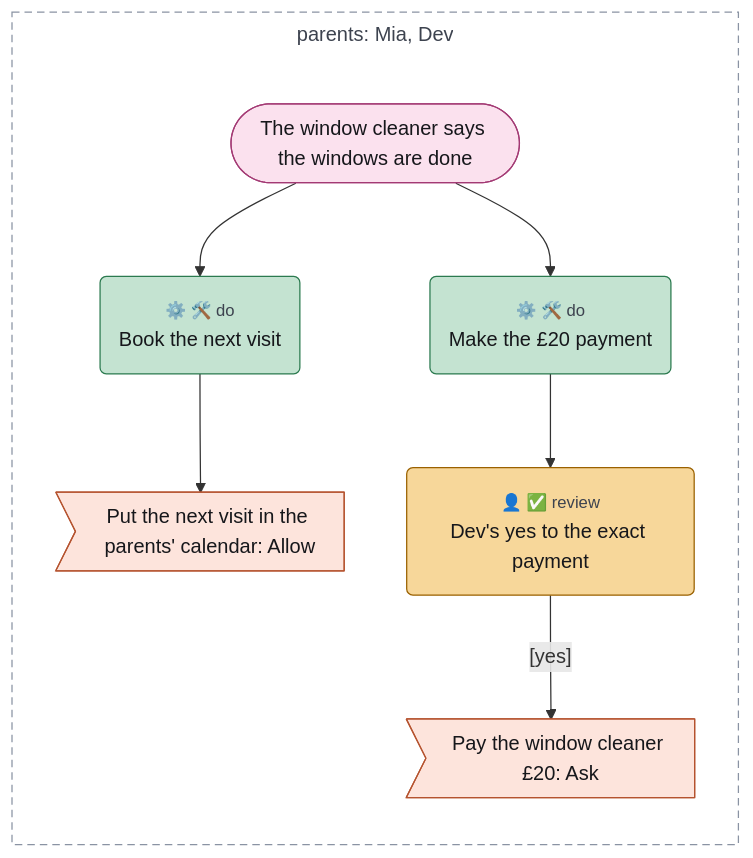
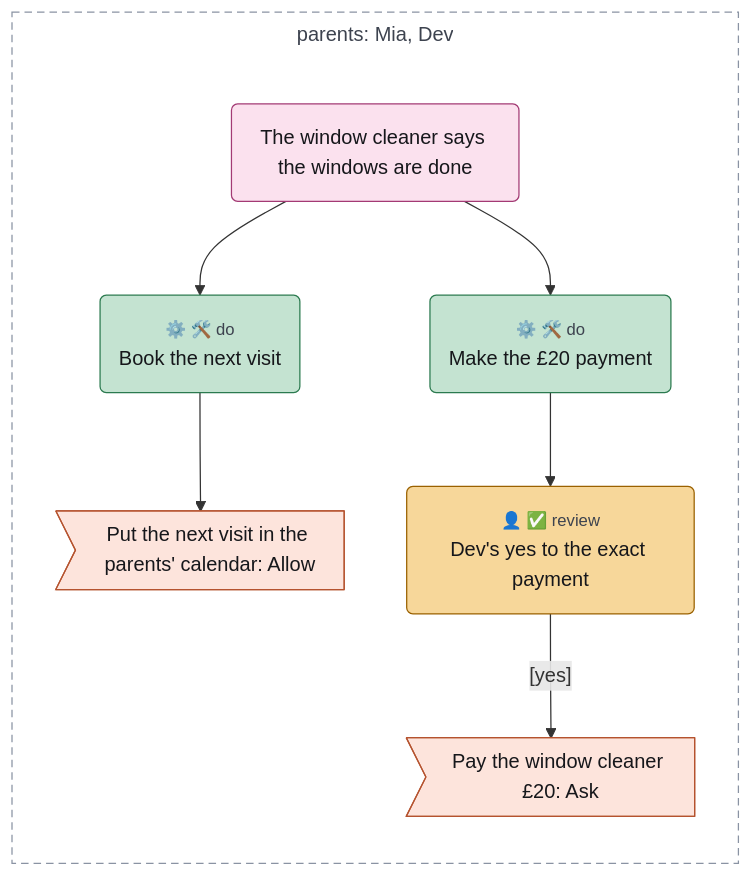
The diagram in examples/tour/11-do.mmd (chrismdp/awml), drawn with Mermaid before and after one commit. The commit also changed 91 other files, not shown here.

```diff
--- a/examples/tour/11-do.mmd
+++ b/examples/tour/11-do.mmd
@@ -1,40 +1,40 @@
 ---
 config:
   theme: default
   fontFamily: Inter, sans-serif
   flowchart:
     useMaxWidth: false
     subGraphTitleMargin:
       top: 6
       bottom: 30
 ---
 flowchart TB
   subgraph parents["parents#58; Mia#44; Dev"]
     direction TB
-    done(["The window cleaner says the windows are done"])
+    done("The window cleaner says the windows are done")
     book_next("<small style='color:rgb(61,67,79)'>⚙️ 🛠️ do</small><br>Book the next visit")
     book>"Put the next visit in the parents#39; calendar#58; Allow"]
     make_payment("<small style='color:rgb(61,67,79)'>⚙️ 🛠️ do</small><br>Make the £20 payment")
     approve("<small style='color:rgb(61,67,79)'>👤 ✅ review</small><br>Dev#39;s yes to the exact payment")
     pay>"Pay the window cleaner £20#58; Ask"]
   end
 
   done --> book_next
   book_next --> book
   done --> make_payment
   make_payment --> approve
   approve -->|"#91;yes#93;"| pay
   classDef trig fill:#fbe1ee,stroke:#a33a74,color:#16171b
   classDef ctx fill:#e2eef9,stroke:#3d6fa3,color:#16171b
   classDef con fill:#eceef2,stroke:#5d6472,color:#16171b
   classDef surf fill:#ffffff,stroke:#2a2d35,stroke-width:1.5px,color:#16171b
   classDef out fill:#fde4dc,stroke:#b5532f,color:#16171b
   classDef ai fill:#cdd3fb,stroke:#3b4bb0,color:#16171b
   classDef code fill:#c4e3d1,stroke:#2b7a4f,color:#16171b
   classDef person fill:#f7d79a,stroke:#9a6100,color:#16171b
   classDef gap fill:#ffffff,stroke:#8a93a3,stroke-dasharray:4 3,color:#6b7280
   class done trig
   class book,pay out
   class book_next,make_payment code
   class approve person
   style parents fill:transparent,stroke:#8a93a3,stroke-dasharray:6 4,color:#3d434f
```
